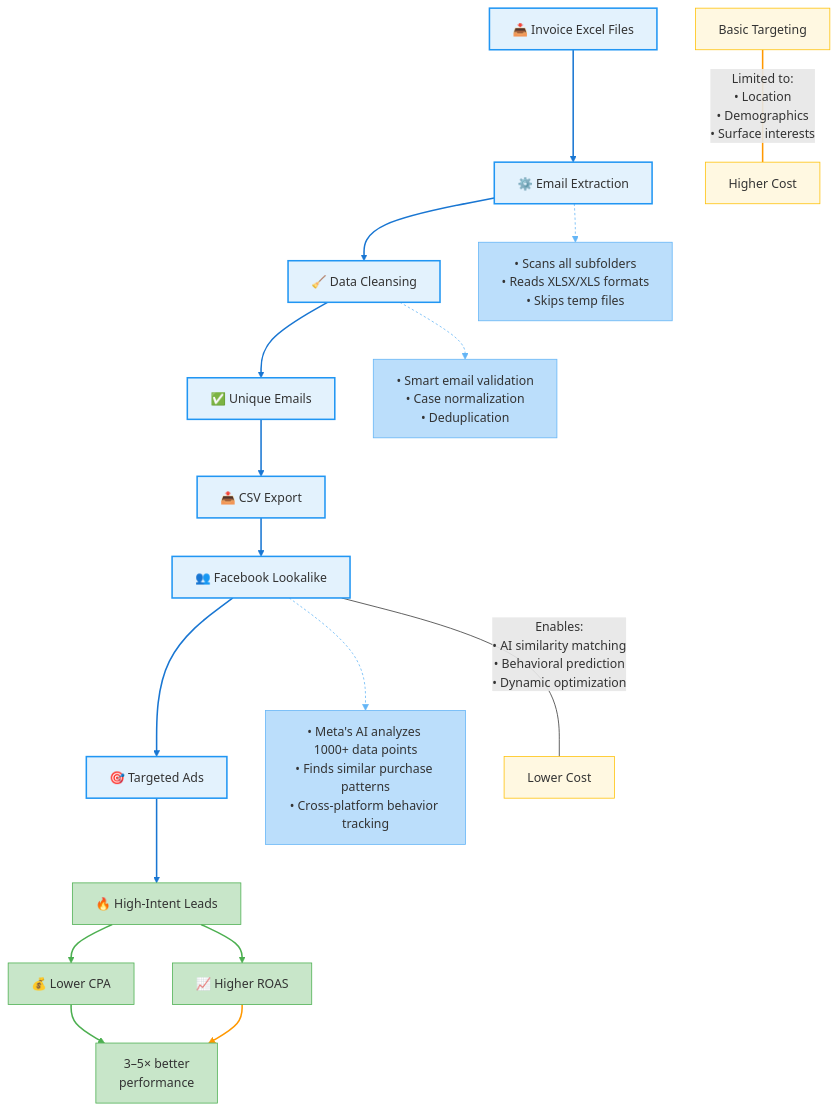
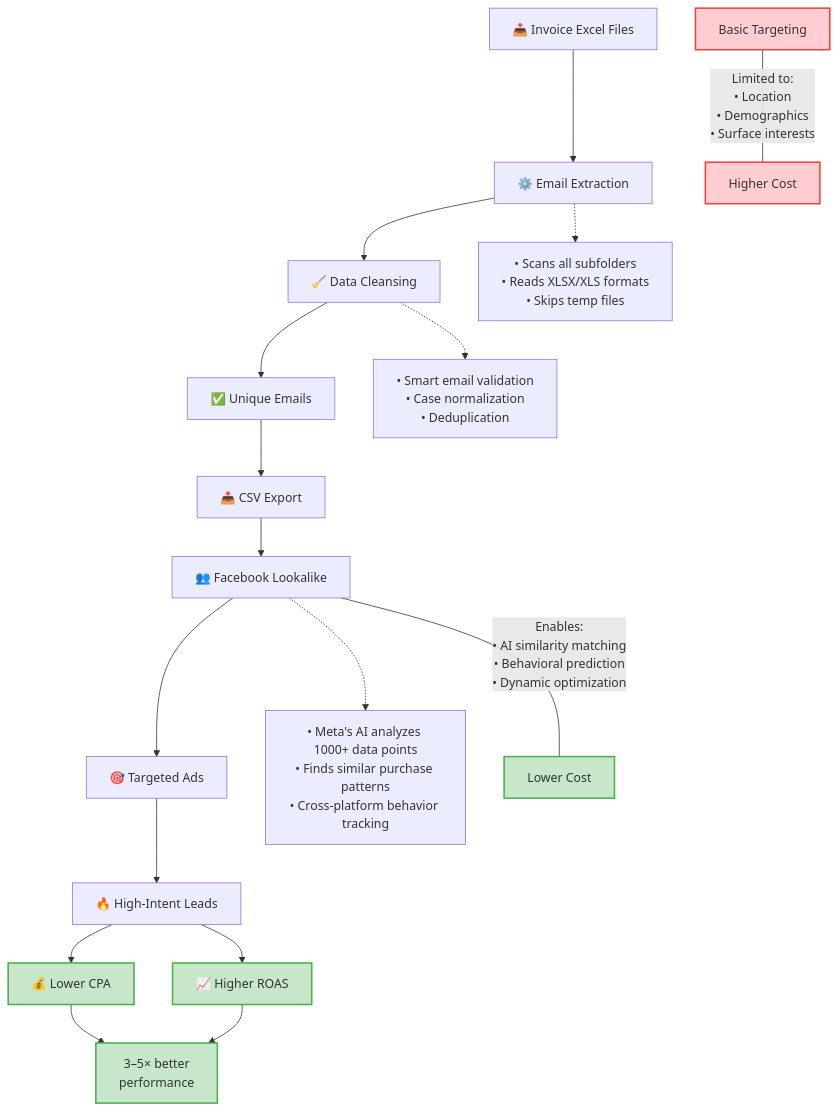
Before and after one commit to AleksandrVinnik/Excel-Invoice-Email-Parser: the diagram in README.md, drawn with Mermaid.

Commit message:
Readme.md file has been updated.

````diff
--- a/README.md
+++ b/README.md
@@ -23,43 +23,34 @@
 ```mermaid
 graph TD
+
     %% ====== CORE WORKFLOW ====== %%
     A[📥 Invoice Excel Files] --> B[⚙️ Email Extraction]
     B --> C[🧹 Data Cleansing]
     C --> D[✅ Unique Emails]
     D --> E[📤 CSV Export]
     E --> F[👥 Facebook Lookalike]
     F --> G[🎯 Targeted Ads]
     G --> H[🔥 High-Intent Leads]
     
     %% ====== KEY FEATURES ====== %%
     B -.-> B1["• Scans all subfolders<br>• Reads XLSX/XLS formats<br>• Skips temp files"]
     C -.-> C1["• Smart email validation<br>• Case normalization<br>• Deduplication"]
     F -.-> F1["• Meta's AI analyzes 1000+ data points<br>• Finds similar purchase patterns<br>• Cross-platform behavior tracking"]
     
     %% ====== PERFORMANCE BENEFITS ====== %%
     H --> I[💰 Lower CPA]
     H --> J[📈 Higher ROAS]
     I & J --> K["3–5× better<br>performance"]
     
     %% ====== VS BASIC TARGETING ====== %%
     L[Basic Targeting] --- |"Limited to:<br>• Location<br>• Demographics<br>• Surface interests"| M[Higher Cost]
     F --- |"Enables:<br>• AI similarity matching<br>• Behavioral prediction<br>• Dynamic optimization"| N[Lower Cost]
-    
+
     %% ====== STYLING ====== %%
-    classDef main fill:#e3f2fd,stroke:#2196f3,stroke-width:2px;
-    classDef feat fill:#bbdefb,stroke:#64b5f6,stroke-width:1px;
-    classDef perf fill:#c8e6c9,stroke:#4caf50;
-    classDef comp fill:#fff8e1,stroke:#ffc107;
+    classDef positive fill:#c8e6c9,stroke:#4caf50,stroke-width:2px;
+    classDef negative fill:#ffcdd2,stroke:#f44336,stroke-width:2px;
 
-    class A,B,C,D,E,F,G main;
-    class B1,C1,F1 feat;
-    class H,I,J,K perf;
-    class L,M,N comp;
-
-    linkStyle 0,1,2,3,4,5,6 stroke:#1976d2,stroke-width:2px;
-    linkStyle 7,8,9 stroke:#64b5f6,stroke-width:1px,stroke-dasharray:3;
-    linkStyle 10,11,12 stroke:#4caf50,stroke-width:2px;
-    linkStyle 13,14 stroke:#ff9800,stroke-width:2px;
-
+    class I,J,K,N positive;
+    class L,M negative;
 
 ```
````
